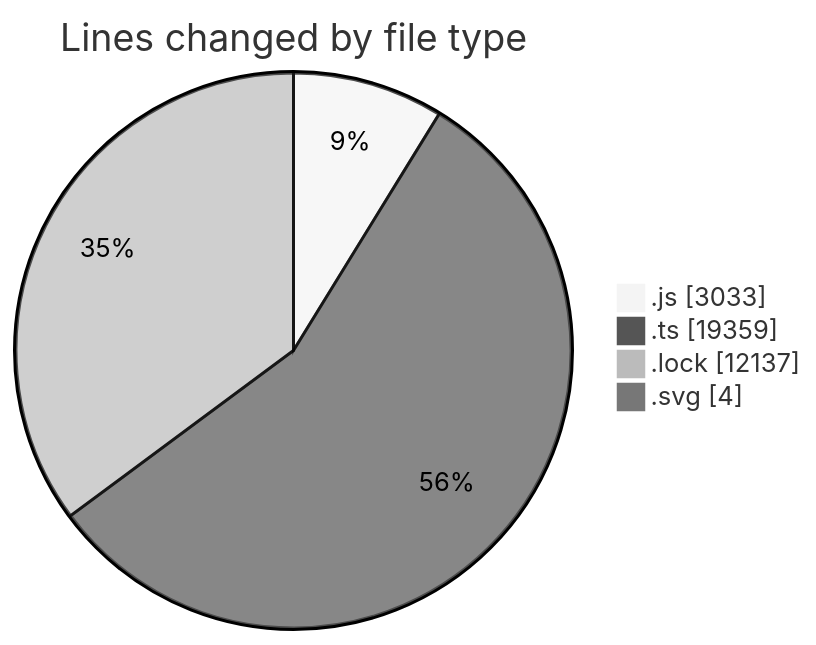
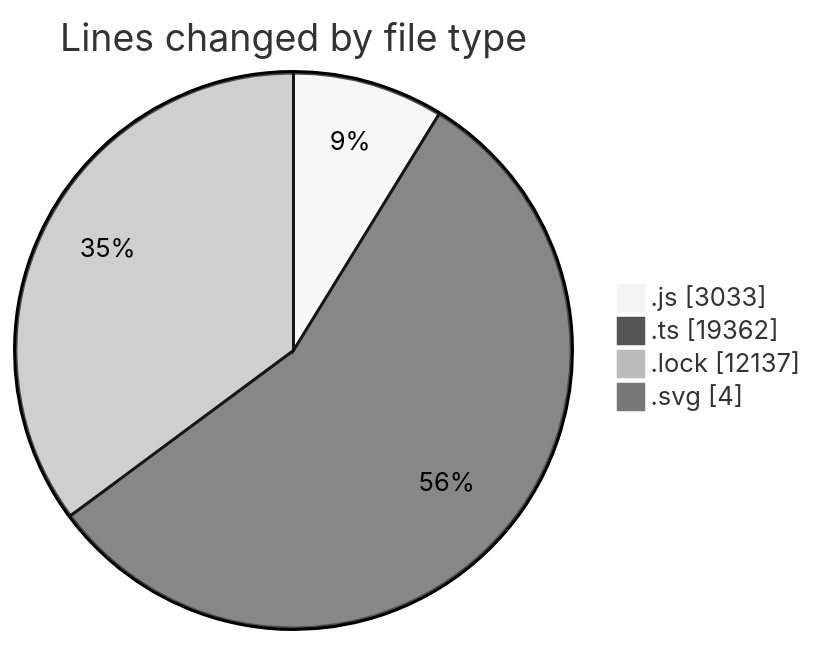
One commit to momahboobian/code-tracking changed the first of 2 diagrams in 2025-08-12/cda/README.md. Above: the diagram before and after it, drawn with Mermaid (neutral theme). The commit also changed other lines of this file and 1 other file, not shown here.

````diff
--- a/2025-08-12/cda/README.md
+++ b/2025-08-12/cda/README.md
@@ -42,8 +42,8 @@
 ```mermaid
 pie showData
 title Lines changed by file type
 ".js" : 3033
-".ts" : 19359
+".ts" : 19362
 ".lock" : 12137
 ".svg" : 4
 ```
````
